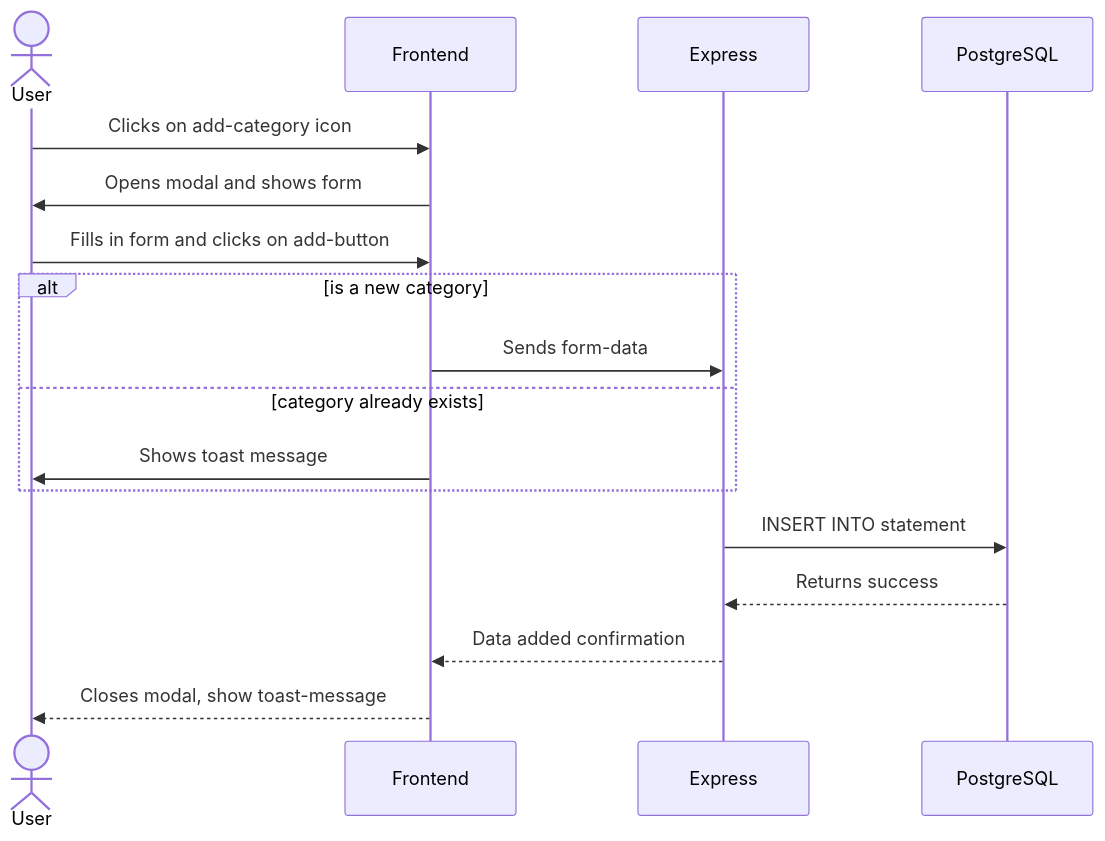
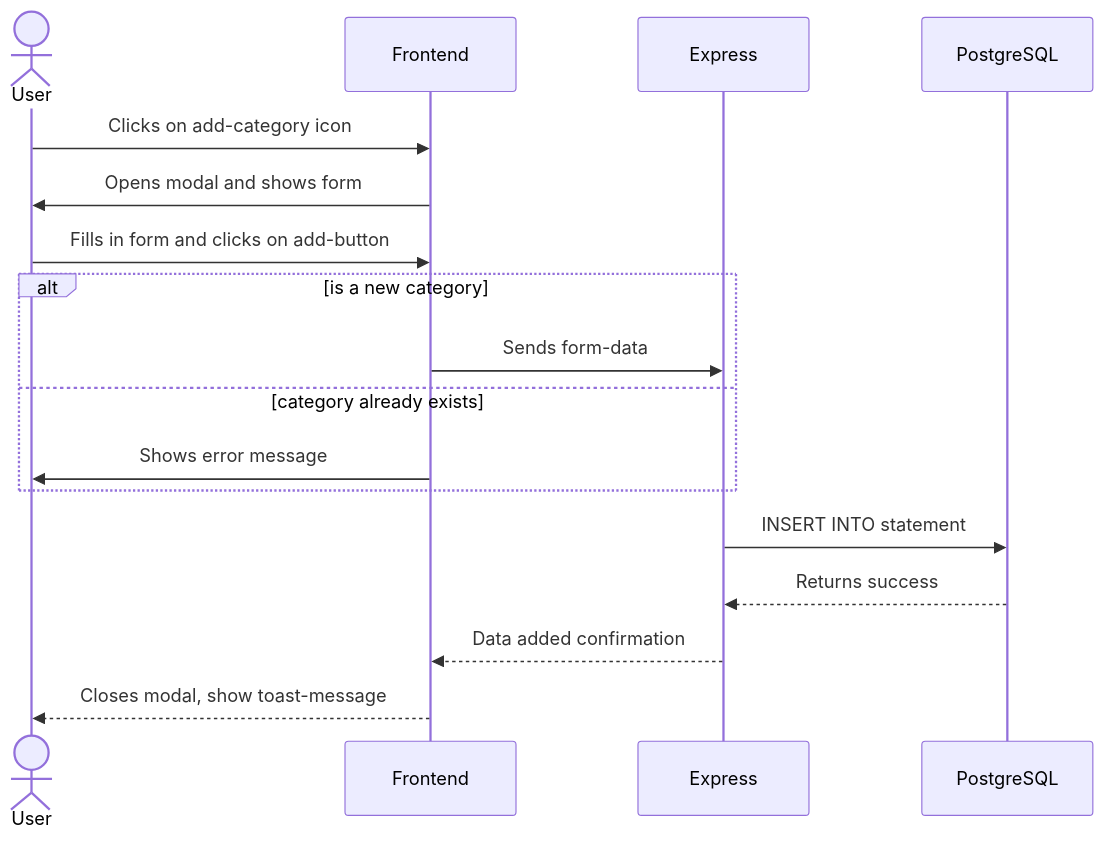
The diagram in frontend/UML-diagram/sekvensdiagram.md (FridaWikman/pinpoint), drawn with Mermaid before and after one commit. The commit also changed 5 other files, not shown here.

Commit message:
Changed diagram. Improved interfaces. Added props to AddCategoryModal test. Added invalid feedback on AddCategoryModal

````diff
--- a/frontend/UML-diagram/sekvensdiagram.md
+++ b/frontend/UML-diagram/sekvensdiagram.md
@@ -1,20 +1,20 @@
 ```mermaid
 sequenceDiagram
 actor User
 participant UI as Frontend
 participant Service as Express
 participant DB as PostgreSQL
 
     User->>UI: Clicks on add-category icon
     UI->>User: Opens modal and shows form
     User->>UI: Fills in form and clicks on add-button
     alt is a new category
     UI->>Service: Sends form-data
     else category already exists
-    UI->>User: Shows toast message
+    UI->>User: Shows error message
     end
     Service->>DB: INSERT INTO statement
     DB-->>Service: Returns success
     Service-->>UI: Data added confirmation
     UI-->>User: Closes modal, show toast-message
 ```
````
